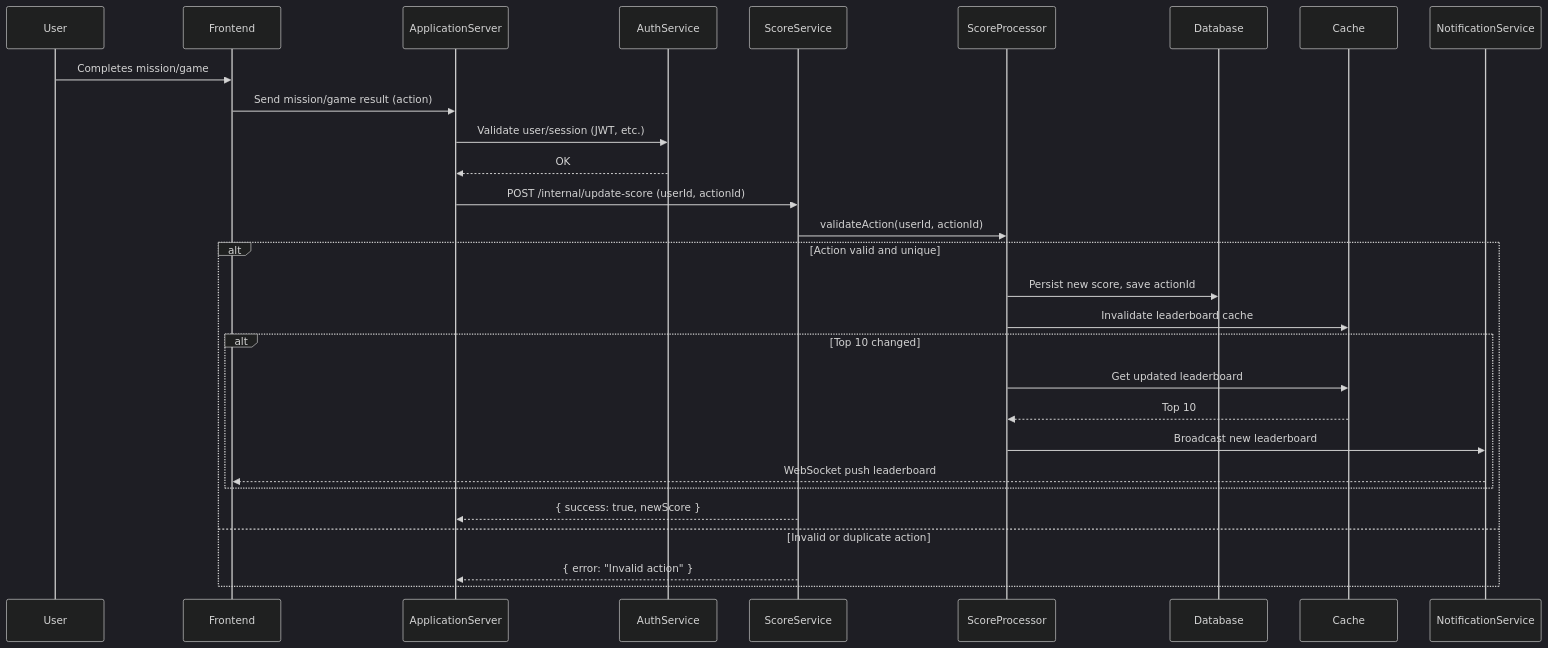
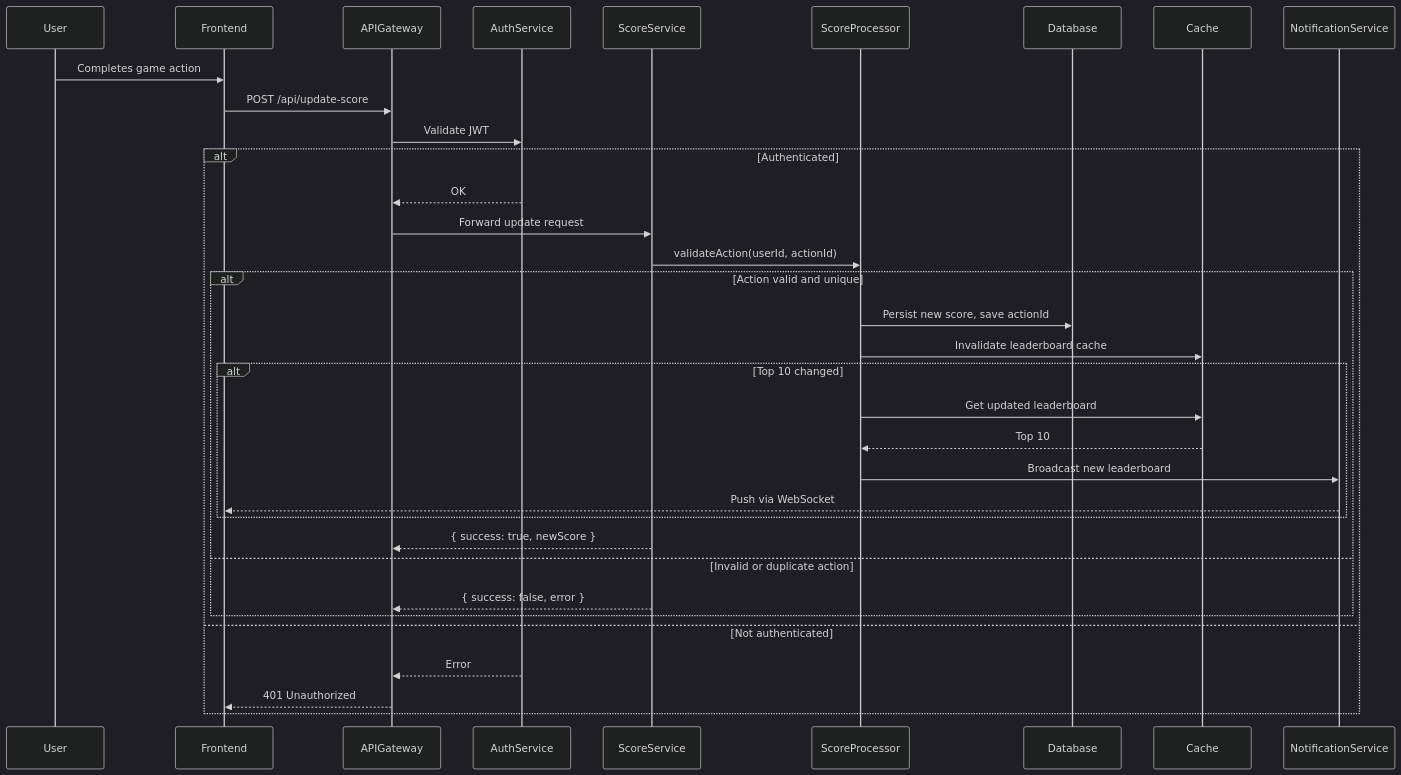
Before and after one commit to RyseUp/99tech-backend-challenge: the diagram in src/problem6_architecture/README.md, drawn with Mermaid (dark theme).

Commit message:
feat(problem-6): update logic flow in prolem 6

````diff
--- a/src/problem6_architecture/README.md
+++ b/src/problem6_architecture/README.md
@@ -55,37 +55,40 @@
 ```mermaid
 sequenceDiagram
-  participant User
-  participant Frontend
-  participant ApplicationServer
-  participant AuthService
-  participant ScoreService
-  participant ScoreProcessor
-  participant Database
-  participant Cache
-  participant NotificationService
+    participant User
+    participant Frontend
+    participant APIGateway
+    participant AuthService
+    participant ScoreService
+    participant ScoreProcessor
+    participant Database
+    participant Cache
+    participant NotificationService
 
-  User->>Frontend: Completes mission/game
-  Frontend->>ApplicationServer: Send mission/game result (action)
+    User->>Frontend: Completes game action
+    Frontend->>APIGateway: POST /api/update-score
+    APIGateway->>AuthService: Validate JWT
 
-  ApplicationServer->>AuthService: Validate user/session (JWT, etc.)
-  AuthService-->>ApplicationServer: OK
+    alt Authenticated
+        AuthService-->>APIGateway: OK
+        APIGateway->>ScoreService: Forward update request
+        ScoreService->>ScoreProcessor: validateAction(userId, actionId)
 
-  ApplicationServer->>ScoreService: POST /internal/update-score (userId, actionId)
-
-  ScoreService->>ScoreProcessor: validateAction(userId, actionId)
-
-  alt Action valid and unique
-    ScoreProcessor->>Database: Persist new score, save actionId
-    ScoreProcessor->>Cache: Invalidate leaderboard cache
-    alt Top 10 changed
-      ScoreProcessor->>Cache: Get updated leaderboard
-      Cache-->>ScoreProcessor: Top 10
-      ScoreProcessor->>NotificationService: Broadcast new leaderboard
-      NotificationService-->>Frontend: WebSocket push leaderboard
+        alt Action valid and unique
+            ScoreProcessor->>Database: Persist new score, save actionId
+            ScoreProcessor->>Cache: Invalidate leaderboard cache
+            alt Top 10 changed
+                ScoreProcessor->>Cache: Get updated leaderboard
+                Cache-->>ScoreProcessor: Top 10
+                ScoreProcessor->>NotificationService: Broadcast new leaderboard
+                NotificationService-->>Frontend: Push via WebSocket
+            end
+            ScoreService-->>APIGateway: { success: true, newScore }
+        else Invalid or duplicate action
+            ScoreService-->>APIGateway: { success: false, error }
+        end
+    else Not authenticated
+        AuthService-->>APIGateway: Error
+        APIGateway-->>Frontend: 401 Unauthorized
     end
-    ScoreService-->>ApplicationServer: { success: true, newScore }
-  else Invalid or duplicate action
-    ScoreService-->>ApplicationServer: { error: "Invalid action" }
-  end
 
 ```
````
